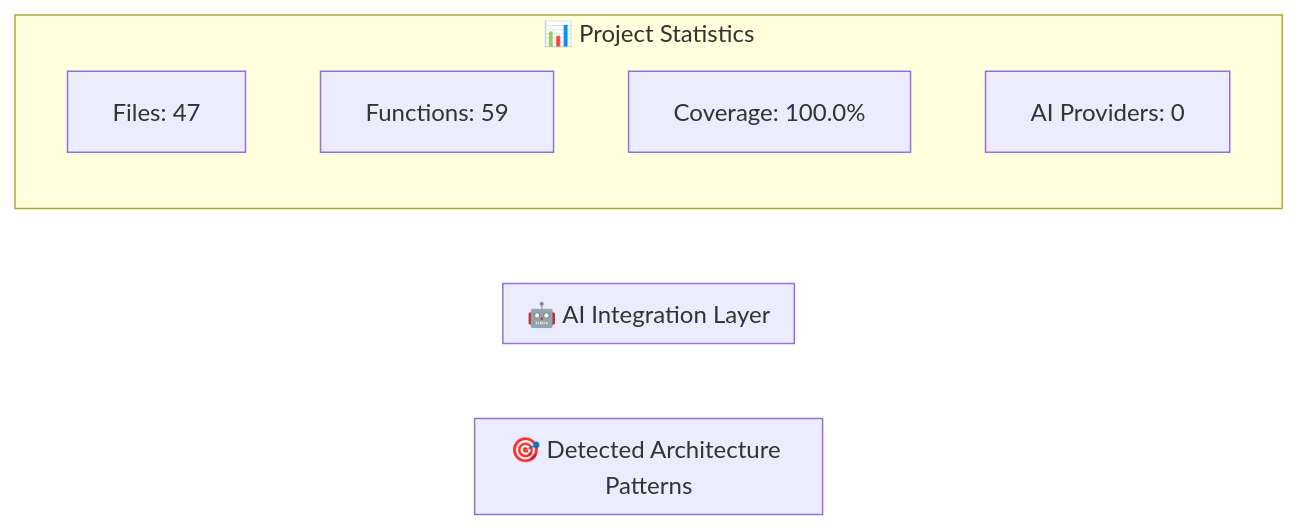
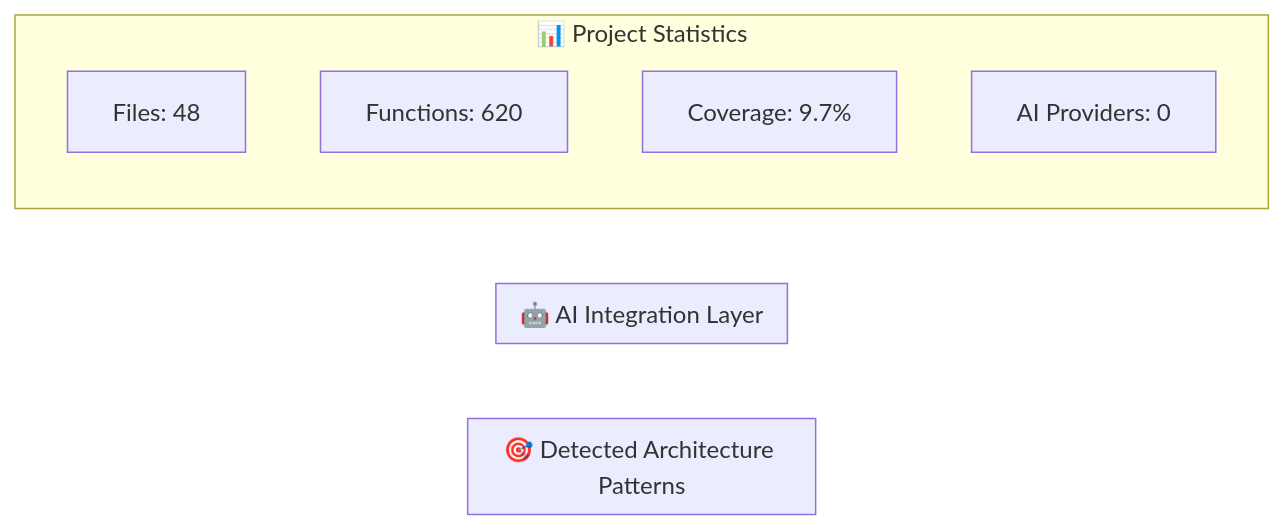
The second of 4 diagrams in ARCHITECTURE_DIAGRAM.md (Spitfire-Products/Arkival-V4), drawn with Mermaid before and after one commit. The commit also changed other lines of this file and 41 other files, not shown here.

````diff
--- a/ARCHITECTURE_DIAGRAM.md
+++ b/ARCHITECTURE_DIAGRAM.md
@@ -38,17 +38,17 @@
 ```mermaid
 graph LR
     subgraph "🎯 Detected Architecture Patterns"
         
     end
 
     subgraph "🤖 AI Integration Layer"
         
     end
 
     subgraph "📊 Project Statistics"
-        STATS1[Files: 47]
-        STATS2[Functions: 59]
-        STATS3[Coverage: 100.0%]
+        STATS1[Files: 48]
+        STATS2[Functions: 620]
+        STATS3[Coverage: 9.7%]
         STATS4[AI Providers: 0]
     end
 ```
````
